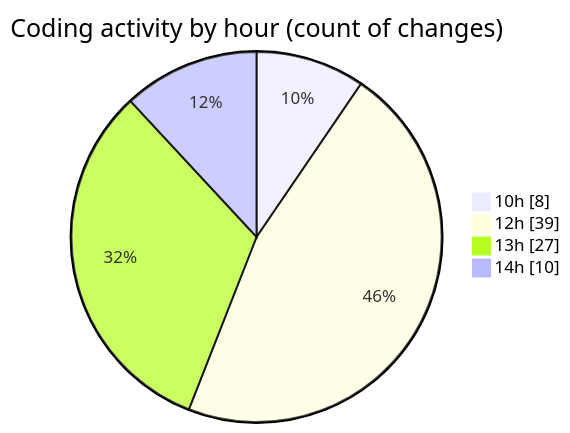
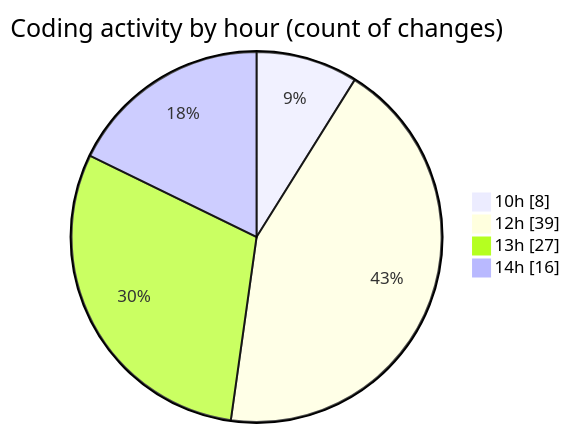
One commit to momahboobian/code-tracking changed the second of 2 diagrams in 2025-05-02/cda/README.md. Above: the diagram before and after it, drawn with Mermaid. The commit also changed other lines of this file and 1 other file, not shown here.

````diff
--- a/2025-05-02/cda/README.md
+++ b/2025-05-02/cda/README.md
@@ -40,8 +40,8 @@
 ```mermaid
 pie showData
 title Coding activity by hour (count of changes)
 "10h" : 8
 "12h" : 39
 "13h" : 27
-"14h" : 10
+"14h" : 16
 ```
````
